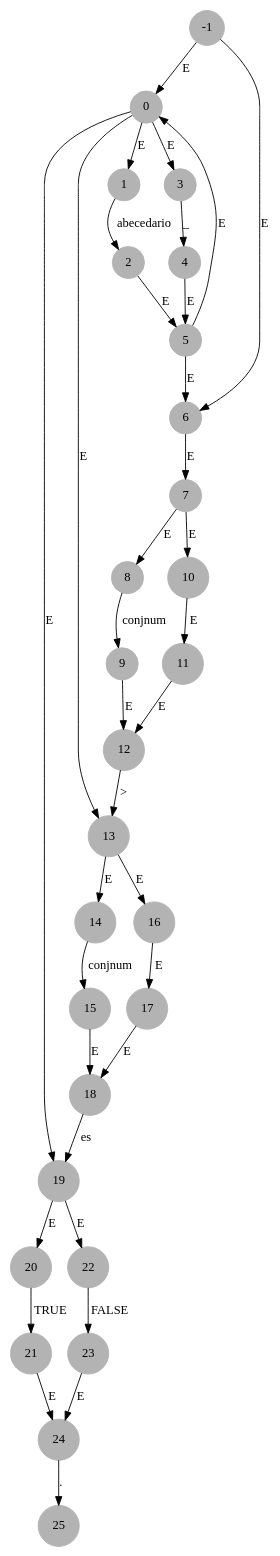
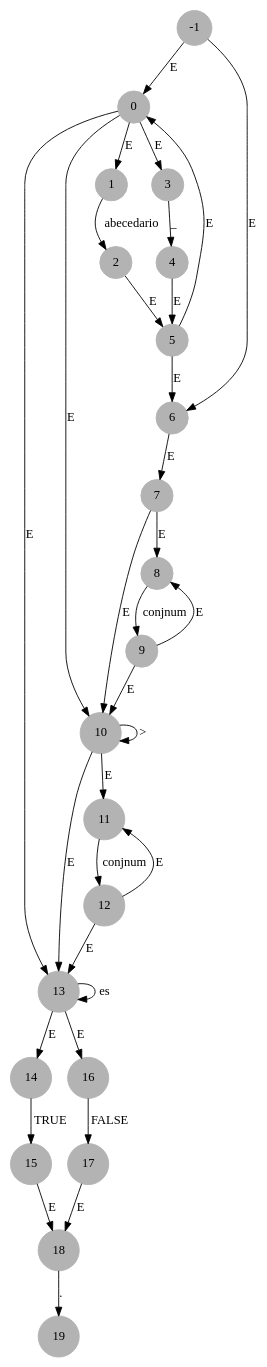
The diagram in Proyecto1_Compi/bin/Debug/Expresion3.dot (loumisha96/ProyectoCompi1S12020_201602935), drawn with Graphviz before and after one commit. The commit also changed 20 other files, not shown here.

```diff
--- a/Proyecto1_Compi/bin/Debug/Expresion3.dot
+++ b/Proyecto1_Compi/bin/Debug/Expresion3.dot
@@ -1,38 +1,36 @@
 digraph G{
 node[shape=circle, style=filled, color= Gray70];
 edge[color=black]
 0->{1}[label="E"]
 1->{2}[label=abecedario]
 0->{3}[label="E"]
 3->{4}[label="_"]
 2->{5}[label="E"]
 4->{5}[label="E"]
 5->{0}[label="E"]
 -1->{0}[label="E"]
 -1->{6}[label="E"]
 5->{6}[label="E"]
 7->{8}[label="E"]
 8->{9}[label=conjnum]
+9->{8}[label="E"]
+9->{10}[label="E"]
 7->{10}[label="E"]
-10->{11}[label=" E"]
-9->{12}[label="E"]
-11->{12}[label="E"]
 6->{7}[label="E"]
-12->{13}[label=">"]
+10->{10}[label=">"]
+10->{11}[label="E"]
+11->{12}[label=conjnum]
+12->{11}[label="E"]
+12->{13}[label="E"]
+10->{13}[label="E"]
+0->{10}[label="E"]
+13->{13}[label="es "]
 13->{14}[label="E"]
-14->{15}[label=conjnum]
+14->{15}[label="TRUE"]
 13->{16}[label="E"]
-16->{17}[label=" E"]
+16->{17}[label="FALSE"]
 15->{18}[label="E"]
 17->{18}[label="E"]
 0->{13}[label="E"]
-18->{19}[label="es "]
-19->{20}[label="E"]
-20->{21}[label="TRUE"]
-19->{22}[label="E"]
-22->{23}[label="FALSE"]
-21->{24}[label="E"]
-23->{24}[label="E"]
-0->{19}[label="E"]
-24->{25}[label="."]
+18->{19}[label="."]
 }
```
